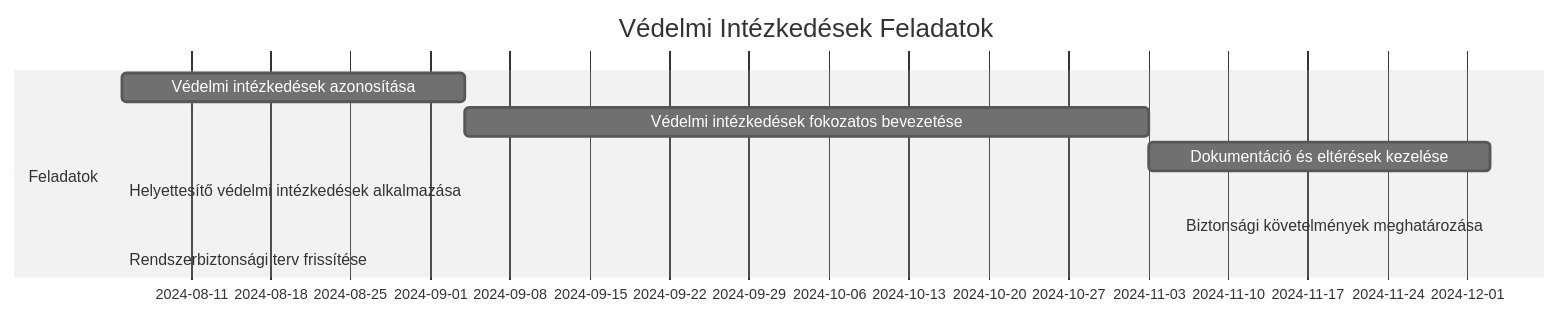
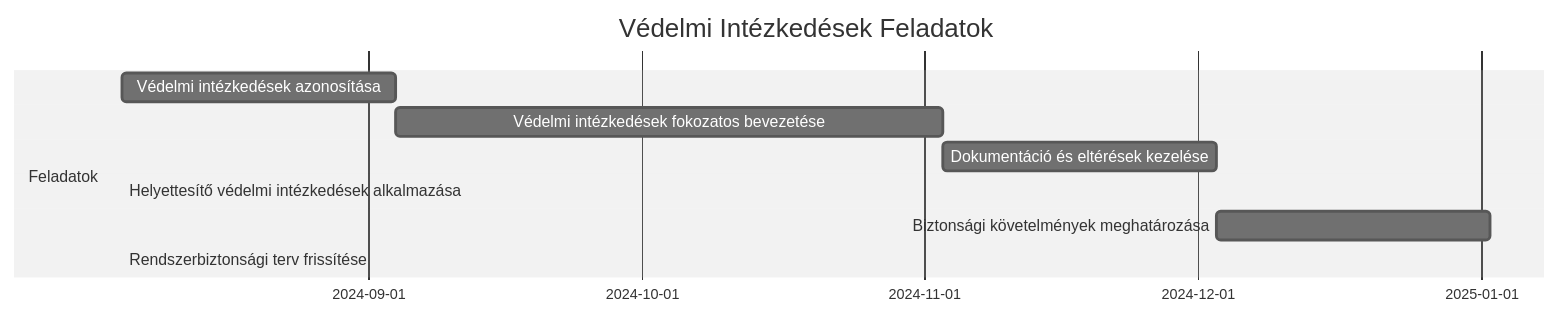
The fourth of 4 diagrams in NIS2-Mermaid.md (Lensver65/NIS2-keretrendszer), drawn with Mermaid (neutral theme) before and after one commit.

````diff
--- a/NIS2-Mermaid.md
+++ b/NIS2-Mermaid.md
@@ -189,12 +189,12 @@
 ```mermaid
 gantt
     title Védelmi Intézkedések Feladatok
     dateFormat  YYYY-MM-DD
     section Feladatok
     Védelmi intézkedések azonosítása :VI1, 2024-08-05, 30d
     Védelmi intézkedések fokozatos bevezetése :VI2, after VI1, 60d
     Dokumentáció és eltérések kezelése :VI3, after VI2, 30d
     Helyettesítő védelmi intézkedések alkalmazása :until isadded
-    Biztonsági követelmények meghatározása :VI5, after VI3, 30
+    Biztonsági követelmények meghatározása :VI5, after VI3, 30d
     Rendszerbiztonsági terv frissítése :until isadded
 ```
````
